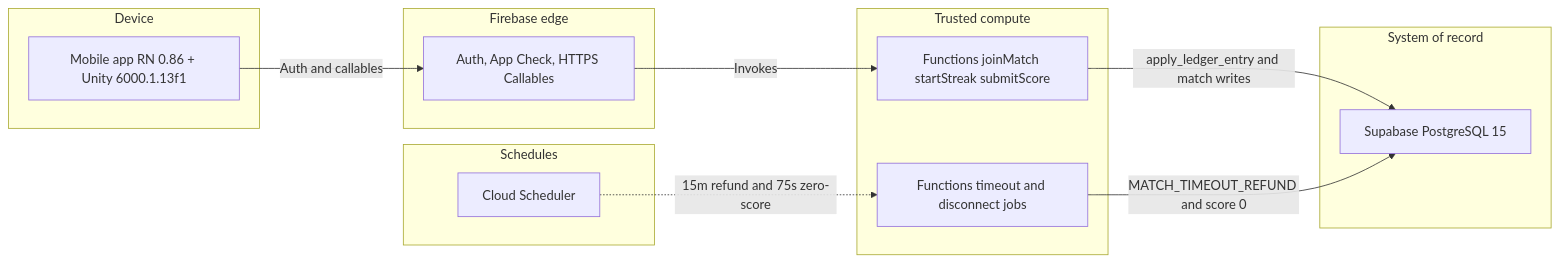
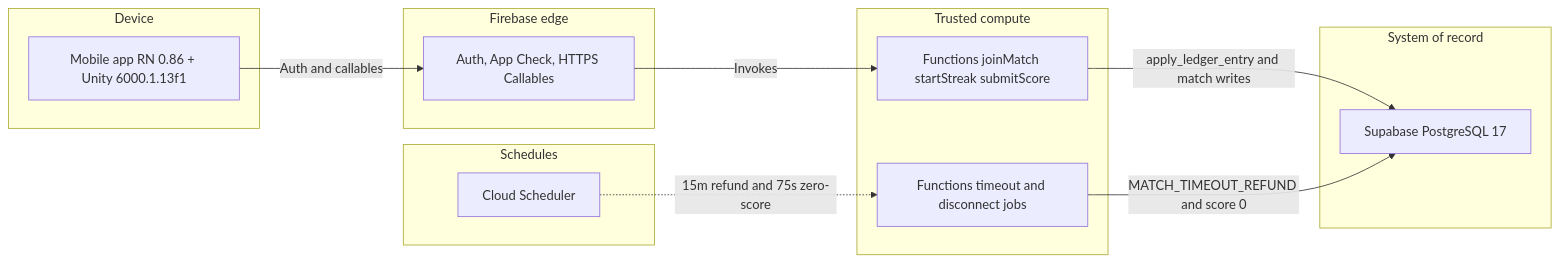
Before and after one commit to gamer09cod/project-x: the first of 2 diagrams in docs/architecture/ARCHITECTURE.md, drawn with Mermaid. The commit also changed 21 other files, not shown here.

Commit message:
Add postgres schemas, database migrations completed.

````diff
--- a/docs/architecture/ARCHITECTURE.md
+++ b/docs/architecture/ARCHITECTURE.md
@@ -9,25 +9,25 @@
 ```mermaid
 flowchart LR
     subgraph client ["Device"]
         mobileApp["Mobile app RN 0.86 + Unity 6000.1.13f1"]
     end
     subgraph gateway ["Firebase edge"]
         firebaseGw["Auth, App Check, HTTPS Callables"]
     end
     subgraph service ["Trusted compute"]
         callables["Functions joinMatch startStreak submitScore"]
         crons["Functions timeout and disconnect jobs"]
     end
     subgraph datastore ["System of record"]
-        postgres["Supabase PostgreSQL 15"]
+        postgres["Supabase PostgreSQL 17"]
     end
     subgraph async ["Schedules"]
         scheduler["Cloud Scheduler"]
     end
 
     mobileApp -->|"Auth and callables"| firebaseGw
     firebaseGw -->|"Invokes"| callables
     callables -->|"apply_ledger_entry and match writes"| postgres
     scheduler -.->|"15m refund and 75s zero-score"| crons
     crons -->|"MATCH_TIMEOUT_REFUND and score 0"| postgres
 ```
````
